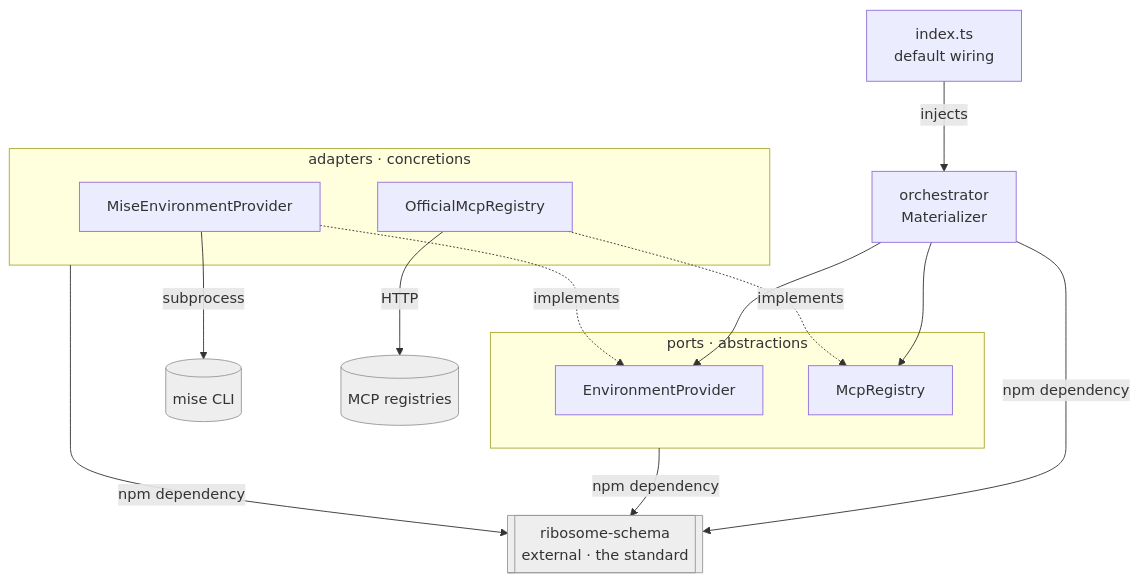
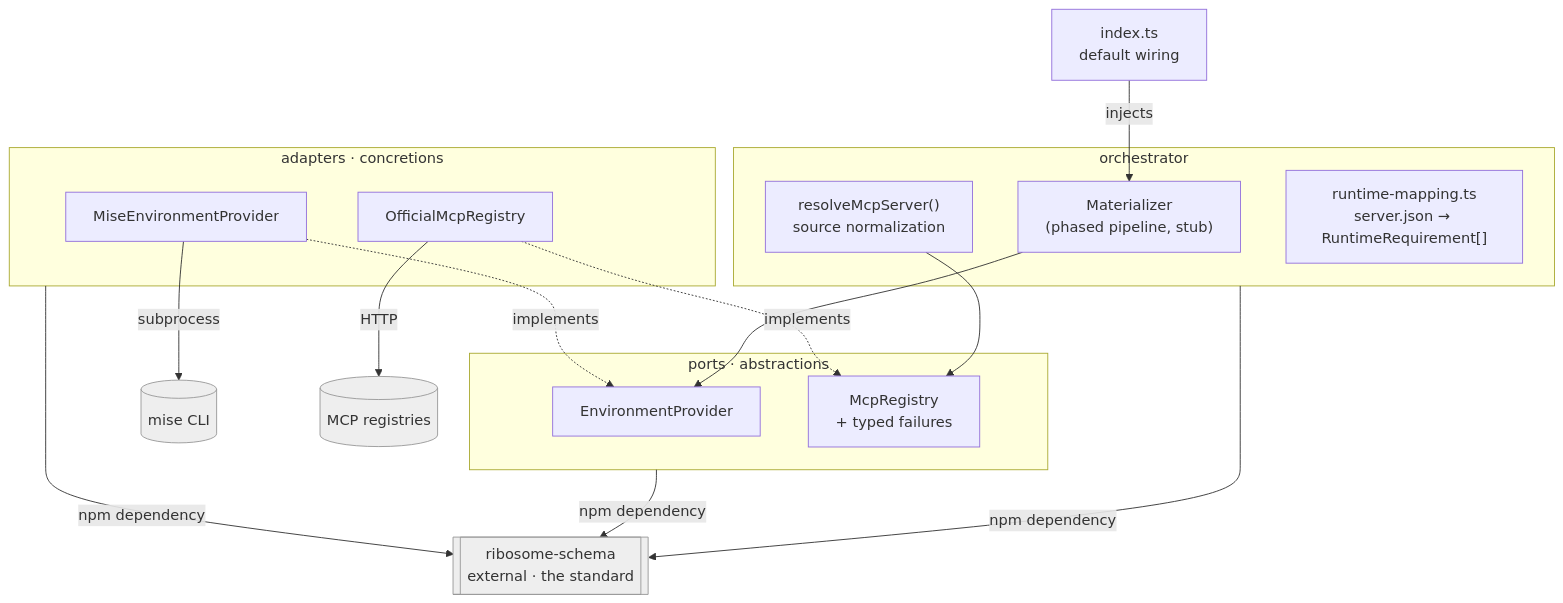
The second of 3 diagrams in docs/ARCHITECTURE.md (medullaflow/ribosome), drawn with Mermaid before and after one commit. The commit also changed other lines of this file, not shown here.

First line of the commit message:
docs: realign ARCHITECTURE.md with the MCP Registry Adapter milestone's work

````diff
--- a/docs/ARCHITECTURE.md
+++ b/docs/ARCHITECTURE.md
@@ -62,30 +62,34 @@
 ```mermaid
 flowchart TD
     IDX["index.ts<br/>default wiring"]
-    ORCH["orchestrator<br/>Materializer"]
+    subgraph ORCH["orchestrator"]
+      MAT["Materializer<br/>(phased pipeline, stub)"]
+      RESOLVE["resolveMcpServer()<br/>source normalization"]
+      RTMAP["runtime-mapping.ts<br/>server.json → RuntimeRequirement[]"]
+    end
     subgraph PORTS["ports · abstractions"]
       EP["EnvironmentProvider"]
-      MR["McpRegistry"]
+      MR["McpRegistry<br/>+ typed failures"]
     end
     subgraph ADAPT["adapters · concretions"]
       MISEA["MiseEnvironmentProvider"]
       REGA["OfficialMcpRegistry"]
     end
     SCHEMA[["ribosome-schema<br/>external · the standard"]]
     MISECLI[("mise CLI")]
     REGAPI[("MCP registries")]
 
-    IDX -->|injects| ORCH
-    ORCH --> EP
-    ORCH --> MR
+    IDX -->|injects| MAT
+    MAT --> EP
+    RESOLVE --> MR
     MISEA -. implements .-> EP
     REGA -. implements .-> MR
     MISEA -->|subprocess| MISECLI
     REGA -->|HTTP| REGAPI
     ORCH -->|npm dependency| SCHEMA
     PORTS -->|npm dependency| SCHEMA
     ADAPT -->|npm dependency| SCHEMA
 
     classDef ext fill:#eee,stroke:#999,color:#333;
     class SCHEMA,MISECLI,REGAPI ext;
 ```
````
